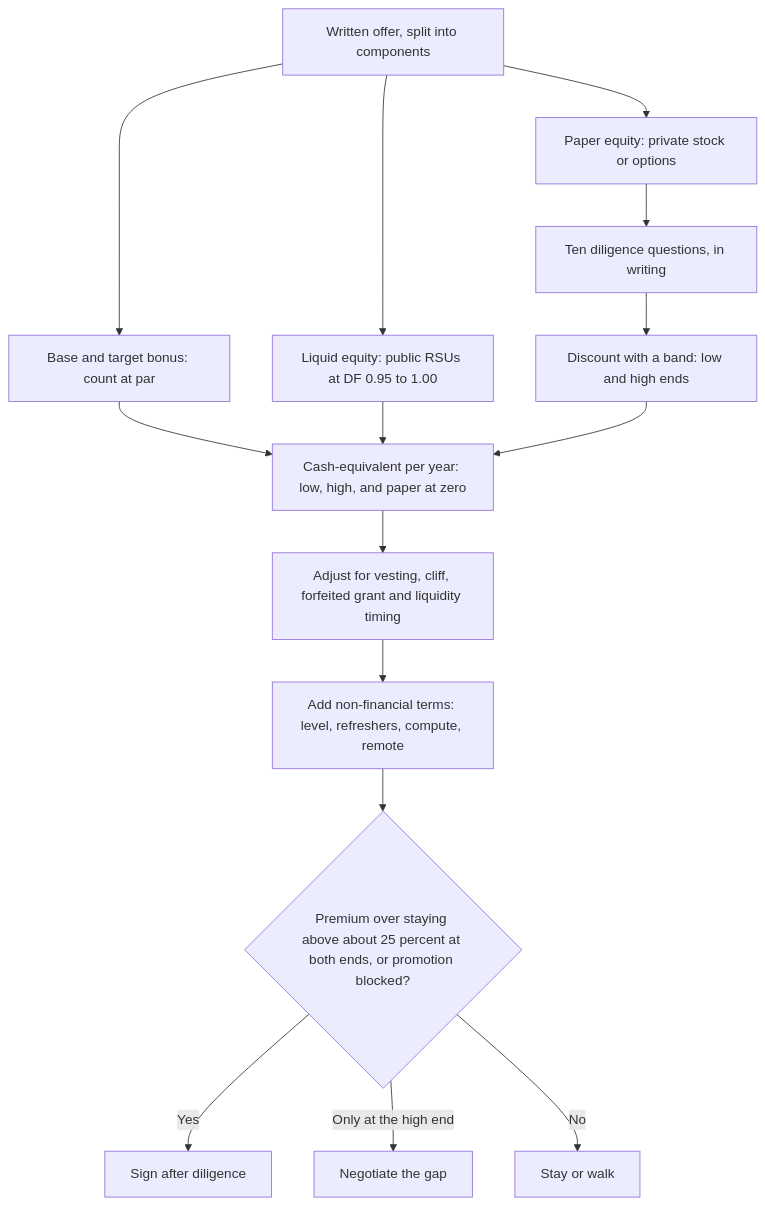
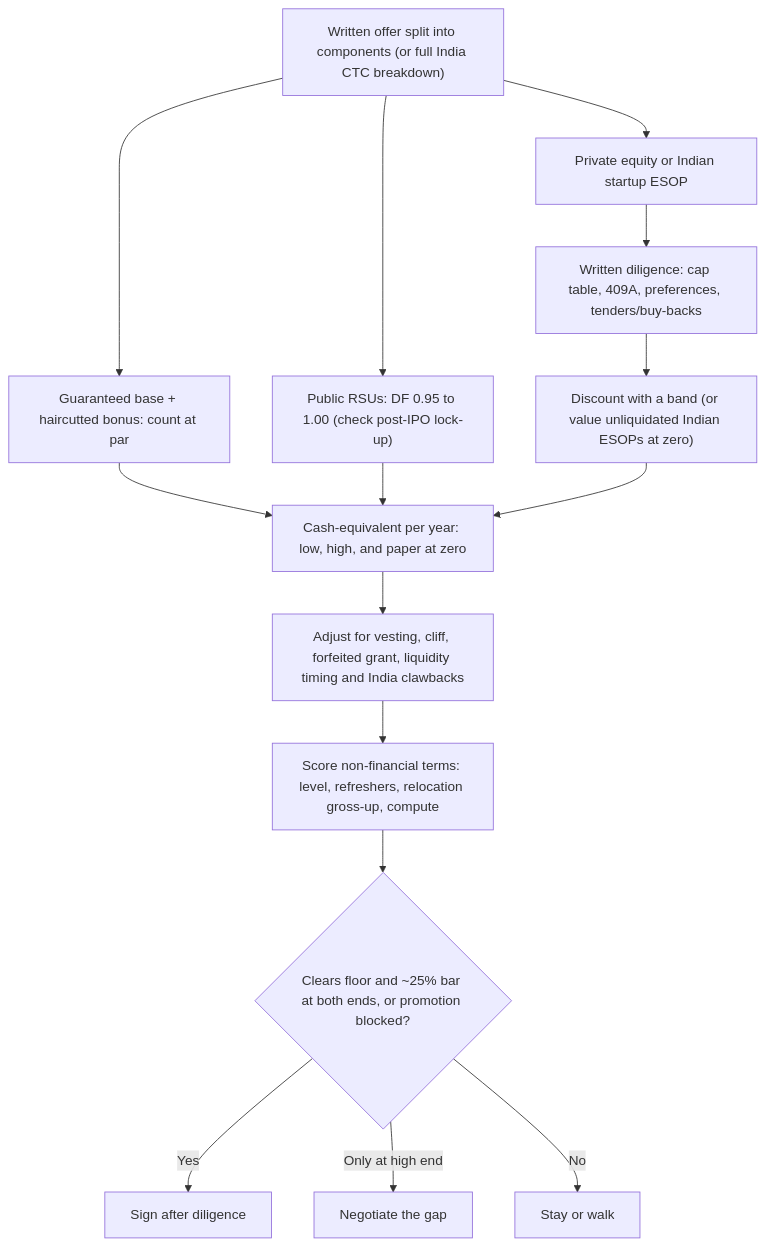
One commit to bhaskarjha-dev/genai-career changed the diagram in career/09-compensation/offer-evaluation.md. Above: the diagram before and after it, drawn with Mermaid. The commit also changed other lines of this file and 7 other files, not shown here.

````diff
--- a/career/09-compensation/offer-evaluation.md
+++ b/career/09-compensation/offer-evaluation.md
@@ -33,17 +33,17 @@
 ```mermaid
 flowchart TD
-    A["Written offer, split into components"] --> B["Base and target bonus: count at par"]
-    A --> C["Liquid equity: public RSUs at DF 0.95 to 1.00"]
-    A --> D["Paper equity: private stock or options"]
-    D --> E["Ten diligence questions, in writing"]
-    E --> F["Discount with a band: low and high ends"]
+    A["Written offer split into components (or full India CTC breakdown)"] --> B["Guaranteed base + haircutted bonus: count at par"]
+    A --> C["Public RSUs: DF 0.95 to 1.00 (check post-IPO lock-up)"]
+    A --> D["Private equity or Indian startup ESOP"]
+    D --> E["Written diligence: cap table, 409A, preferences, tenders/buy-backs"]
+    E --> F["Discount with a band (or value unliquidated Indian ESOPs at zero)"]
     B --> G["Cash-equivalent per year: low, high, and paper at zero"]
     C --> G
     F --> G
-    G --> H["Adjust for vesting, cliff, forfeited grant and liquidity timing"]
-    H --> I["Add non-financial terms: level, refreshers, compute, remote"]
-    I --> J{"Premium over staying above about 25 percent at both ends, or promotion blocked?"}
+    G --> H["Adjust for vesting, cliff, forfeited grant, liquidity timing and India clawbacks"]
+    H --> I["Score non-financial terms: level, refreshers, relocation gross-up, compute"]
+    I --> J{"Clears floor and ~25% bar at both ends, or promotion blocked?"}
     J -->|"Yes"| K["Sign after diligence"]
-    J -->|"Only at the high end"| L["Negotiate the gap"]
+    J -->|"Only at high end"| L["Negotiate the gap"]
     J -->|"No"| M["Stay or walk"]
 ```
````
